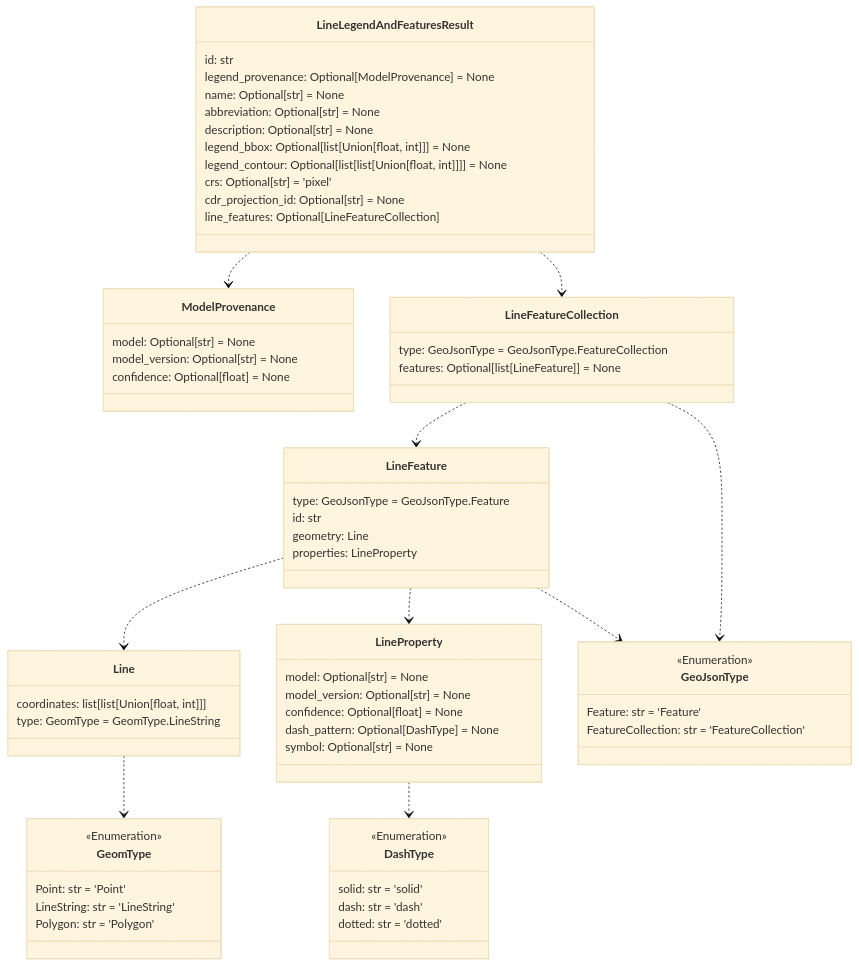
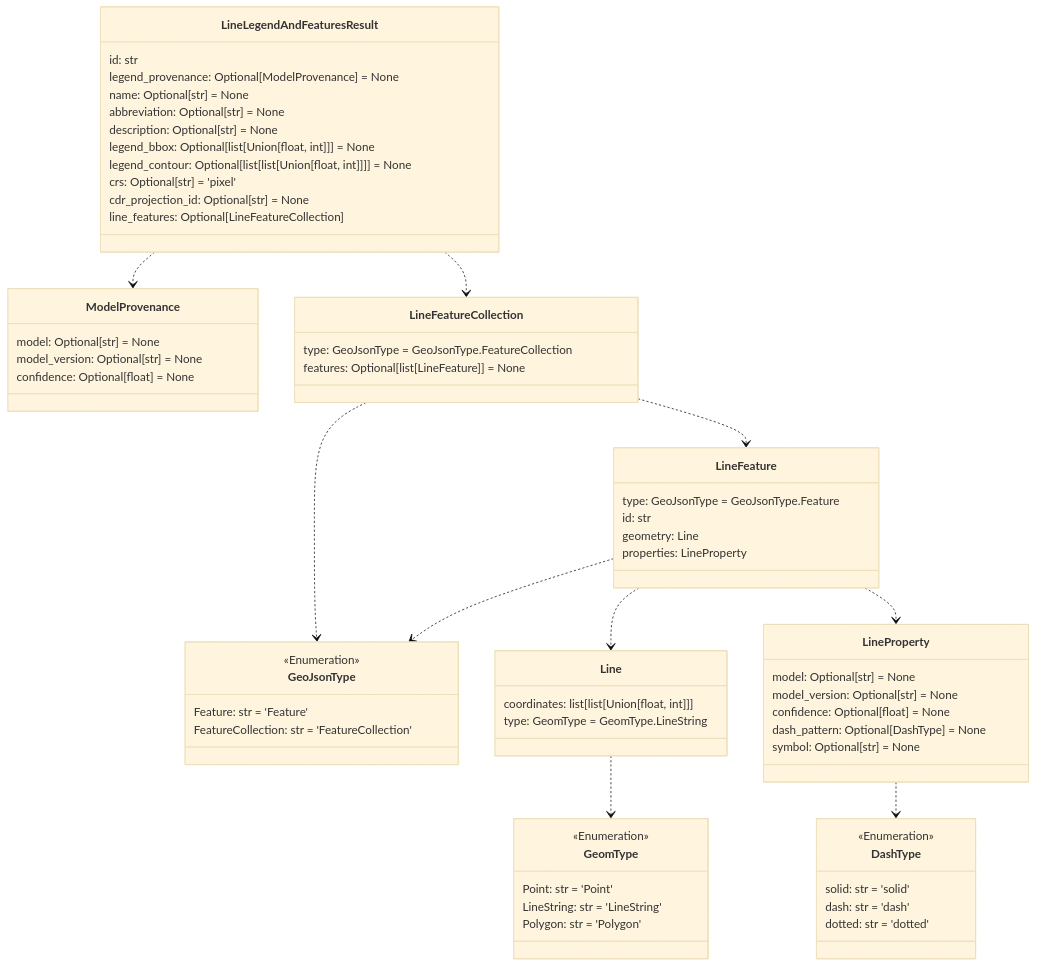
One commit to DARPA-CRITICALMAAS/cdr_schemas changed the sixth of 12 diagrams in README.md. Above: the diagram before and after it, drawn with Mermaid (base theme). The commit also changed other lines of this file and 1 other file, not shown here.

Commit message:
version bump

````diff
--- a/README.md
+++ b/README.md
@@ -433,79 +433,79 @@
 ```mermaid
 classDiagram
+
+    class GeoJsonType {
+        <<Enumeration>>
+        Feature: str = 'Feature'
+        FeatureCollection: str = 'FeatureCollection'
+    }
 
     class ModelProvenance {
         model: Optional[str] = None
         model_version: Optional[str] = None
         confidence: Optional[float] = None
     }
 
+    class LineProperty {
+        model: Optional[str] = None
+        model_version: Optional[str] = None
+        confidence: Optional[float] = None
+        dash_pattern: Optional[DashType] = None
+        symbol: Optional[str] = None
+    }
+
+    class GeomType {
+        <<Enumeration>>
+        Point: str = 'Point'
+        LineString: str = 'LineString'
+        Polygon: str = 'Polygon'
+    }
+
+    class LineFeatureCollection {
+        type: GeoJsonType = GeoJsonType.FeatureCollection
+        features: Optional[list[LineFeature]] = None
+    }
+
     class Line {
         coordinates: list[list[Union[float, int]]]
         type: GeomType = GeomType.LineString
+    }
+
+    class LineFeature {
+        type: GeoJsonType = GeoJsonType.Feature
+        id: str
+        geometry: Line
+        properties: LineProperty
+    }
+
+    class DashType {
+        <<Enumeration>>
+        solid: str = 'solid'
+        dash: str = 'dash'
+        dotted: str = 'dotted'
     }
 
     class LineLegendAndFeaturesResult {
         id: str
         legend_provenance: Optional[ModelProvenance] = None
         name: Optional[str] = None
         abbreviation: Optional[str] = None
         description: Optional[str] = None
         legend_bbox: Optional[list[Union[float, int]]] = None
         legend_contour: Optional[list[list[Union[float, int]]]] = None
         crs: Optional[str] = 'pixel'
         cdr_projection_id: Optional[str] = None
         line_features: Optional[LineFeatureCollection]
     }
 
-    class DashType {
-        <<Enumeration>>
-        solid: str = 'solid'
-        dash: str = 'dash'
-        dotted: str = 'dotted'
-    }
-
-    class LineProperty {
-        model: Optional[str] = None
-        model_version: Optional[str] = None
-        confidence: Optional[float] = None
-        dash_pattern: Optional[DashType] = None
-        symbol: Optional[str] = None
-    }
-
-    class LineFeatureCollection {
-        type: GeoJsonType = GeoJsonType.FeatureCollection
-        features: Optional[list[LineFeature]] = None
-    }
-
-    class GeomType {
-        <<Enumeration>>
-        Point: str = 'Point'
-        LineString: str = 'LineString'
-        Polygon: str = 'Polygon'
-    }
-
-    class LineFeature {
-        type: GeoJsonType = GeoJsonType.Feature
-        id: str
-        geometry: Line
-        properties: LineProperty
-    }
-
-    class GeoJsonType {
-        <<Enumeration>>
-        Feature: str = 'Feature'
-        FeatureCollection: str = 'FeatureCollection'
-    }
-
     Line ..> GeomType
     LineProperty ..> DashType
+    LineFeature ..> GeoJsonType
     LineFeature ..> Line
     LineFeature ..> LineProperty
-    LineFeature ..> GeoJsonType
     LineFeatureCollection ..> LineFeature
     LineFeatureCollection ..> GeoJsonType
+    LineLegendAndFeaturesResult ..> LineFeatureCollection
     LineLegendAndFeaturesResult ..> ModelProvenance
-    LineLegendAndFeaturesResult ..> LineFeatureCollection
 
 
 ```
````
